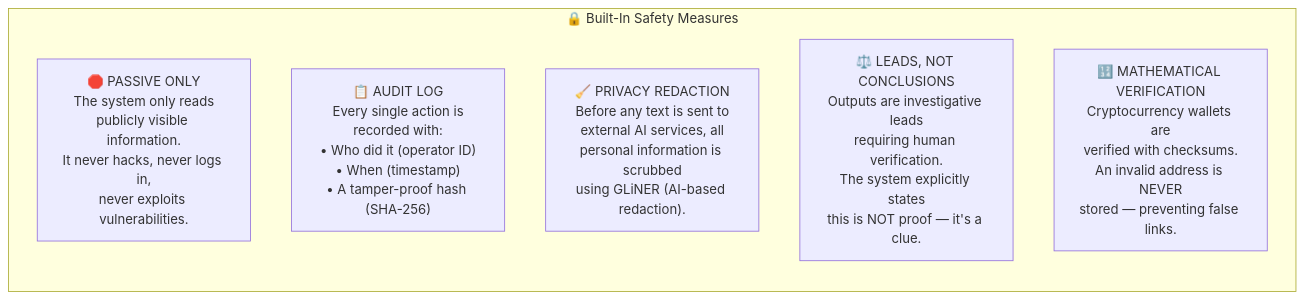
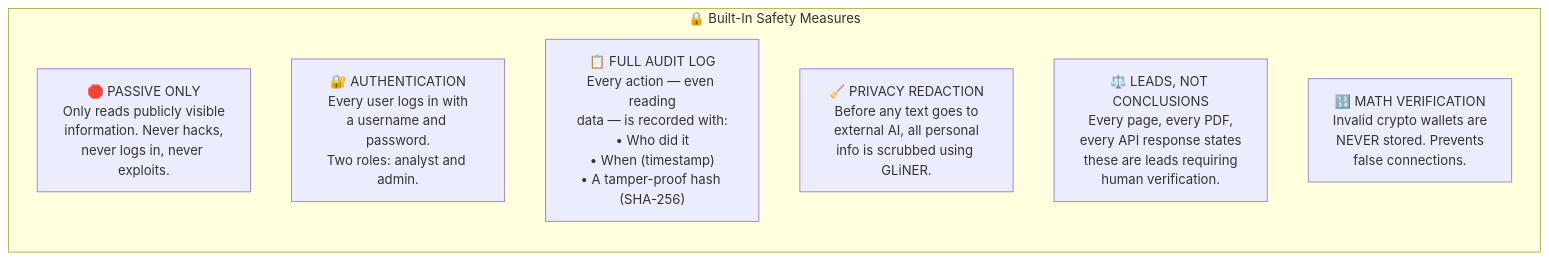
One commit to shubechavan/sih-bombil changed diagram 13 of 16 in docs/PROJECT_DOCUMENTATION.md. Above: the diagram before and after it, drawn with Mermaid. The commit also changed other lines of this file and 12 other files, not shown here.

````diff
--- a/docs/PROJECT_DOCUMENTATION.md
+++ b/docs/PROJECT_DOCUMENTATION.md
@@ -436,11 +461,12 @@
 ```mermaid
 flowchart TD
     subgraph safety["🔒 Built-In Safety Measures"]
         direction TB
-        S1["🛑 PASSIVE ONLY<br/>The system only reads<br/>publicly visible information.<br/>It never hacks, never logs in,<br/>never exploits vulnerabilities."]
-        S2["📋 AUDIT LOG<br/>Every single action is<br/>recorded with:<br/>• Who did it (operator ID)<br/>• When (timestamp)<br/>• A tamper-proof hash (SHA-256)"]
-        S3["🧹 PRIVACY REDACTION<br/>Before any text is sent to<br/>external AI services, all<br/>personal information is scrubbed<br/>using GLiNER (AI-based redaction)."]
-        S4["⚖️ LEADS, NOT CONCLUSIONS<br/>Outputs are investigative leads<br/>requiring human verification.<br/>The system explicitly states<br/>this is NOT proof — it's a clue."]
-        S5["🔢 MATHEMATICAL VERIFICATION<br/>Cryptocurrency wallets are<br/>verified with checksums.<br/>An invalid address is NEVER<br/>stored — preventing false links."]
+        S1["🛑 PASSIVE ONLY<br/>Only reads publicly visible<br/>information. Never hacks,<br/>never logs in, never exploits."]
+        S2["🔐 AUTHENTICATION<br/>Every user logs in with<br/>a username and password.<br/>Two roles: analyst and admin."]
+        S3["📋 FULL AUDIT LOG<br/>Every action — even reading<br/>data — is recorded with:<br/>• Who did it<br/>• When (timestamp)<br/>• A tamper-proof hash (SHA-256)"]
+        S4["🧹 PRIVACY REDACTION<br/>Before any text goes to<br/>external AI, all personal<br/>info is scrubbed using GLiNER."]
+        S5["⚖️ LEADS, NOT CONCLUSIONS<br/>Every page, every PDF,<br/>every API response states<br/>these are leads requiring<br/>human verification."]
+        S6["🔢 MATH VERIFICATION<br/>Invalid crypto wallets are<br/>NEVER stored. Prevents<br/>false connections."]
     end
 ```
````
